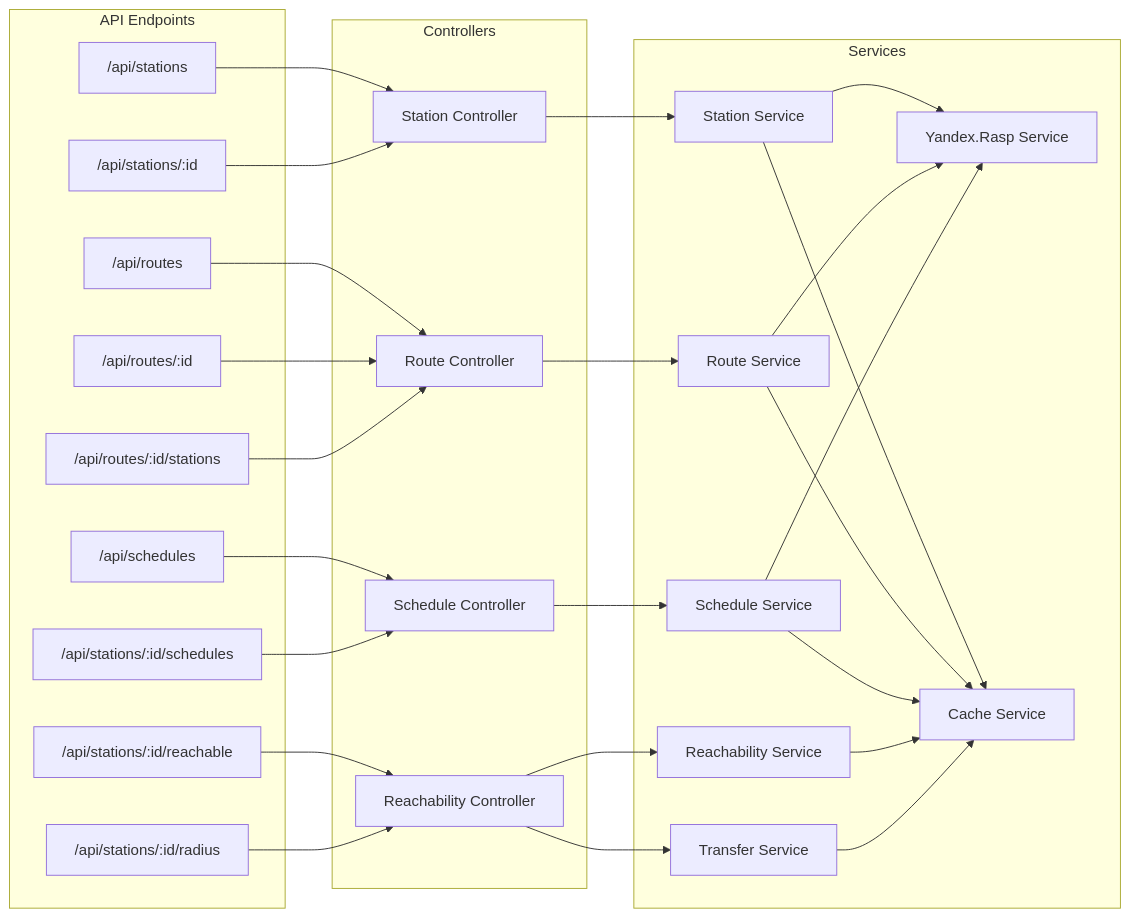
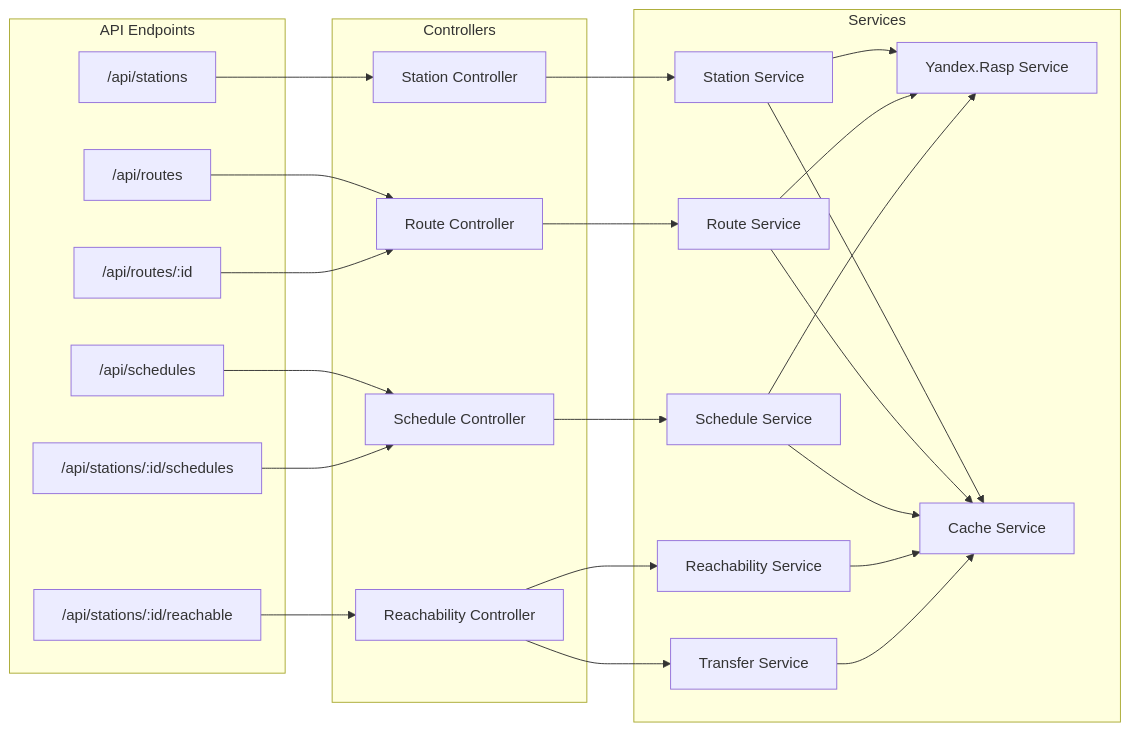
Before and after one commit to stone-w4tch3r/where2: the third of 5 diagrams in prompts/arch.md, drawn with Mermaid. The commit also changed other lines of this file and 12 other files, not shown here.

````diff
--- a/prompts/arch.md
+++ b/prompts/arch.md
@@ -157,57 +101,51 @@
 ```mermaid
 flowchart LR
     subgraph "API Endpoints"
         stations["/api/stations"]
-        stationById["/api/stations/:id"]
         routes["/api/routes"]
         routeById["/api/routes/:id"]
-        routeStations["/api/routes/:id/stations"]
         schedules["/api/schedules"]
         stationSchedules["/api/stations/:id/schedules"]
         reachableStations["/api/stations/:id/reachable"]
-        reachabilityRadius["/api/stations/:id/radius"]
     end
-    
+
     subgraph "Controllers"
         stationController[Station Controller]
         routeController[Route Controller]
         scheduleController[Schedule Controller]
         reachabilityController[Reachability Controller]
     end
-    
+
     subgraph "Services"
         stationService[Station Service]
         routeService[Route Service]
         scheduleService[Schedule Service]
         reachabilityService[Reachability Service]
         transferService[Transfer Service]
         yandexRaspService[Yandex.Rasp Service]
         cacheService[Cache Service]
     end
-    
+
     stations --> stationController
-    stationById --> stationController
     routes --> routeController
     routeById --> routeController
-    routeStations --> routeController
     schedules --> scheduleController
     stationSchedules --> scheduleController
     reachableStations --> reachabilityController
-    reachabilityRadius --> reachabilityController
-    
+
     stationController --> stationService
     routeController --> routeService
     scheduleController --> scheduleService
     reachabilityController --> reachabilityService
     reachabilityController --> transferService
-    
+
     stationService --> yandexRaspService
     routeService --> yandexRaspService
     scheduleService --> yandexRaspService
-    
+
     stationService --> cacheService
     routeService --> cacheService
     scheduleService --> cacheService
     reachabilityService --> cacheService
     transferService --> cacheService
 ```
````
